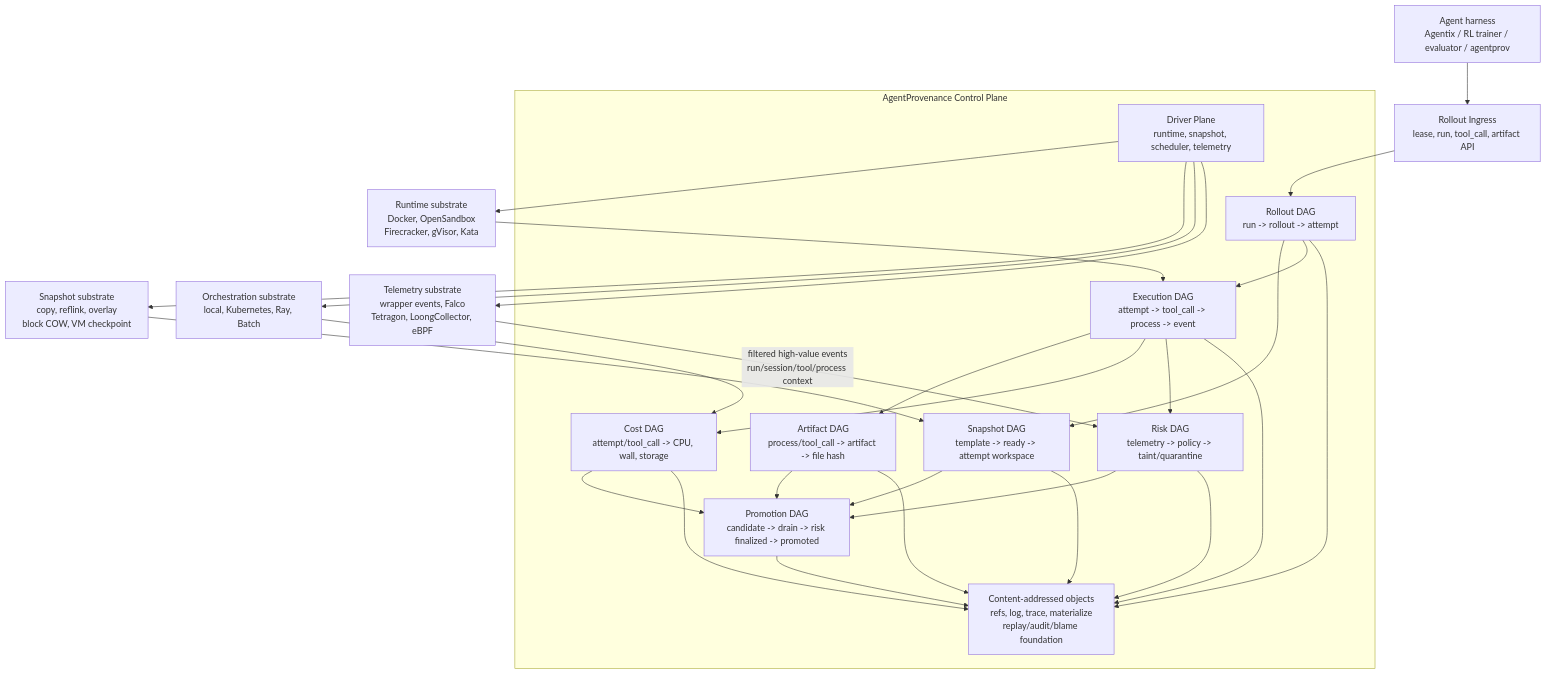
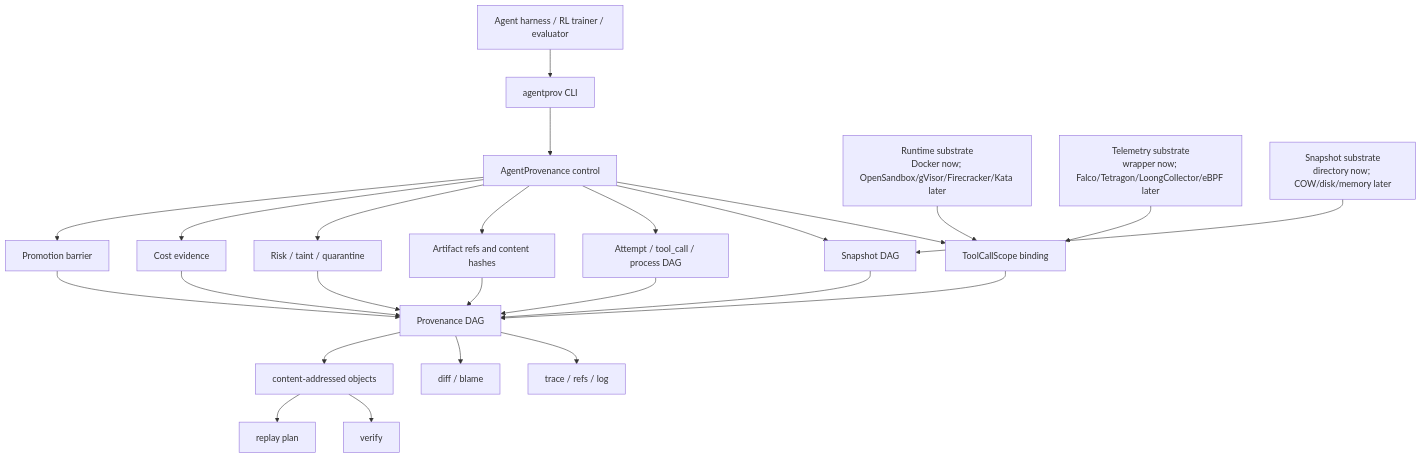
The diagram in README.md (ByteYellow/AgentProvenance), drawn with Mermaid before and after one commit. The commit also changed other lines of this file, not shown here.

Commit message:
docs: refocus readme on agent provenance

````diff
--- a/README.md
+++ b/README.md
@@ -480,44 +189,31 @@
 ```mermaid
-flowchart TB
-    Client["Agent harness\nAgentix / RL trainer / evaluator / agentprov"] --> Ingress["Rollout Ingress\nlease, run, tool_call, artifact API"]
+flowchart TD
+    Harness["Agent harness / RL trainer / evaluator"] --> CLI["agentprov CLI"]
+    CLI --> Control["AgentProvenance control"]
 
-    subgraph AgentProvPlane["AgentProvenance Control Plane"]
-        Rollout["Rollout DAG\nrun -> rollout -> attempt"]
-        State["Snapshot DAG\ntemplate -> ready -> attempt workspace"]
-        Exec["Execution DAG\nattempt -> tool_call -> process -> event"]
-        Artifact["Artifact DAG\nprocess/tool_call -> artifact -> file hash"]
-        Cost["Cost DAG\nattempt/tool_call -> CPU, wall, storage"]
-        Risk["Risk DAG\ntelemetry -> policy -> taint/quarantine"]
-        Promotion["Promotion DAG\ncandidate -> drain -> risk finalized -> promoted"]
-        Objects["Content-addressed objects\nrefs, log, trace, materialize\nreplay/audit/blame foundation"]
-        Driver["Driver Plane\nruntime, snapshot, scheduler, telemetry"]
-    end
+    Control --> Scope["ToolCallScope binding"]
+    Control --> State["Snapshot DAG"]
+    Control --> Exec["Attempt / tool_call / process DAG"]
+    Control --> Artifacts["Artifact refs and content hashes"]
+    Control --> Risk["Risk / taint / quarantine"]
+    Control --> Cost["Cost evidence"]
+    Control --> Barrier["Promotion barrier"]
 
-    Ingress --> Rollout
-    Rollout --> State
-    Rollout --> Exec
-    Exec --> Artifact
-    Exec --> Cost
-    Exec --> Risk
-    Risk --> Promotion
-    Cost --> Promotion
-    Artifact --> Promotion
-    State --> Promotion
-    Promotion --> Objects
-    Rollout --> Objects
-    State --> Objects
-    Exec --> Objects
-    Artifact --> Objects
-    Cost --> Objects
-    Risk --> Objects
+    Scope --> Graph["Provenance DAG"]
+    State --> Graph
+    Exec --> Graph
+    Artifacts --> Graph
+    Risk --> Graph
+    Cost --> Graph
+    Barrier --> Graph
 
-    Driver --> Runtime["Runtime substrate\nDocker, OpenSandbox\nFirecracker, gVisor, Kata"]
-    Driver --> Snapshot["Snapshot substrate\ncopy, reflink, overlay\nblock COW, VM checkpoint"]
-    Driver --> Orchestrator["Orchestration substrate\nlocal, Kubernetes, Ray, Batch"]
-    Driver --> Telemetry["Telemetry substrate\nwrapper events, Falco\nTetragon, LoongCollector, eBPF"]
+    Graph --> Query["trace / refs / log"]
+    Graph --> Diff["diff / blame"]
+    Graph --> Objects["content-addressed objects"]
+    Objects --> Verify["verify"]
+    Objects --> Replay["replay plan"]
 
-    Runtime --> Exec
-    Snapshot --> State
-    Orchestrator --> Cost
-    Telemetry -->|"filtered high-value events\nrun/session/tool/process context"| Risk
+    Runtime["Runtime substrate\nDocker now; OpenSandbox/gVisor/Firecracker/Kata later"] --> Scope
+    Telemetry["Telemetry substrate\nwrapper now; Falco/Tetragon/LoongCollector/eBPF later"] --> Scope
+    Snapshot["Snapshot substrate\ndirectory now; COW/disk/memory later"] --> State
 ```
````
